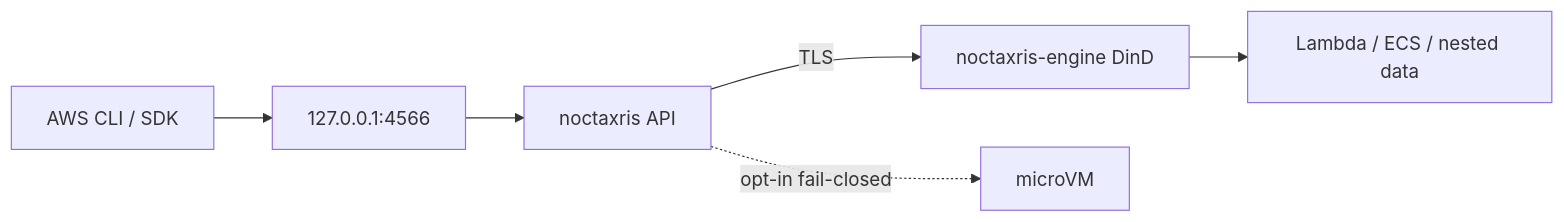
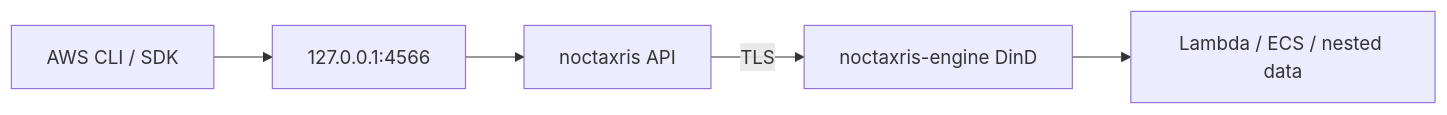
One commit to Kyaxris-Labs/Noctaxris changed the diagram in README.md. Above: the diagram before and after it, drawn with Mermaid. The commit also changed other lines of this file and 142 other files, not shown here.

````diff
--- a/README.md
+++ b/README.md
@@ -393,8 +395,7 @@
 ```mermaid
 flowchart LR
   Client["AWS CLI / SDK"] --> Port["127.0.0.1:4566"]
   Port --> API["noctaxris API"]
   API -->|"TLS"| Engine["noctaxris-engine DinD"]
   Engine --> Nested["Lambda / ECS / nested data"]
-  API -.->|"opt-in fail-closed"| MicroVM["microVM"]
 ```
````
